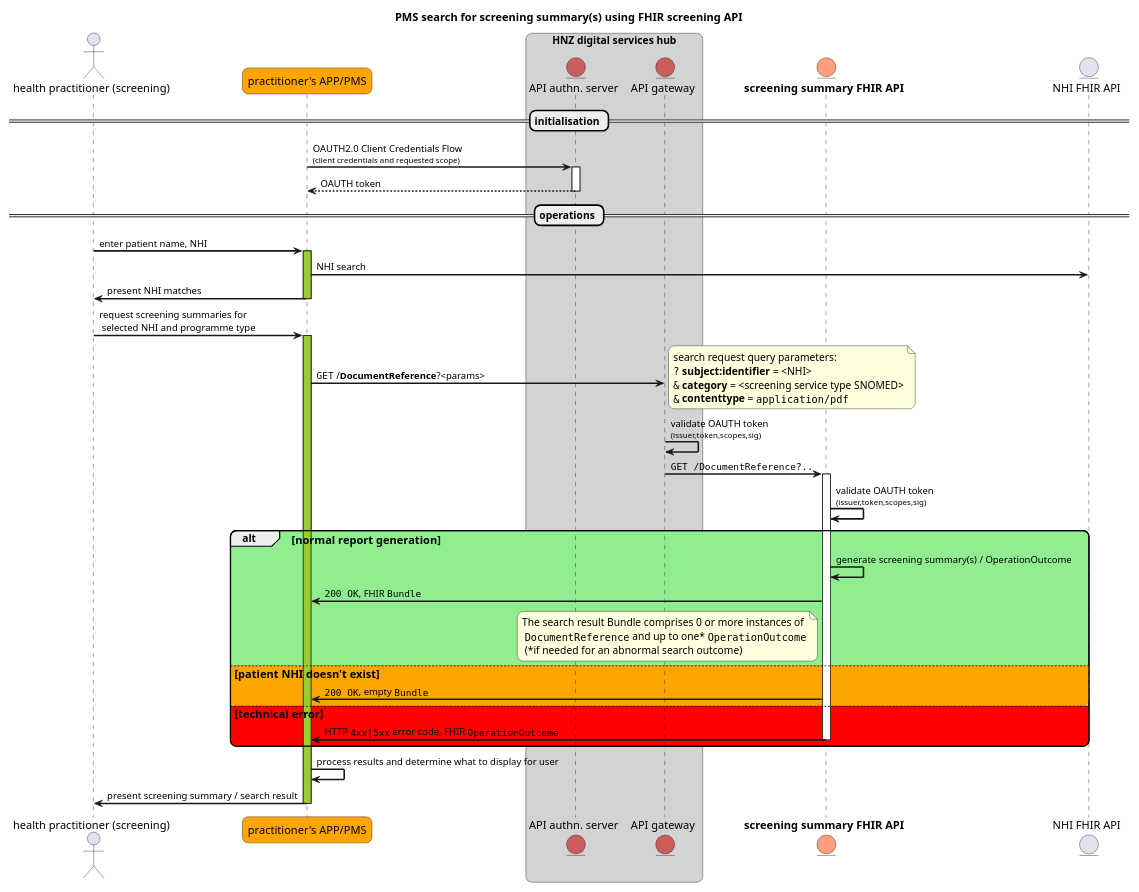
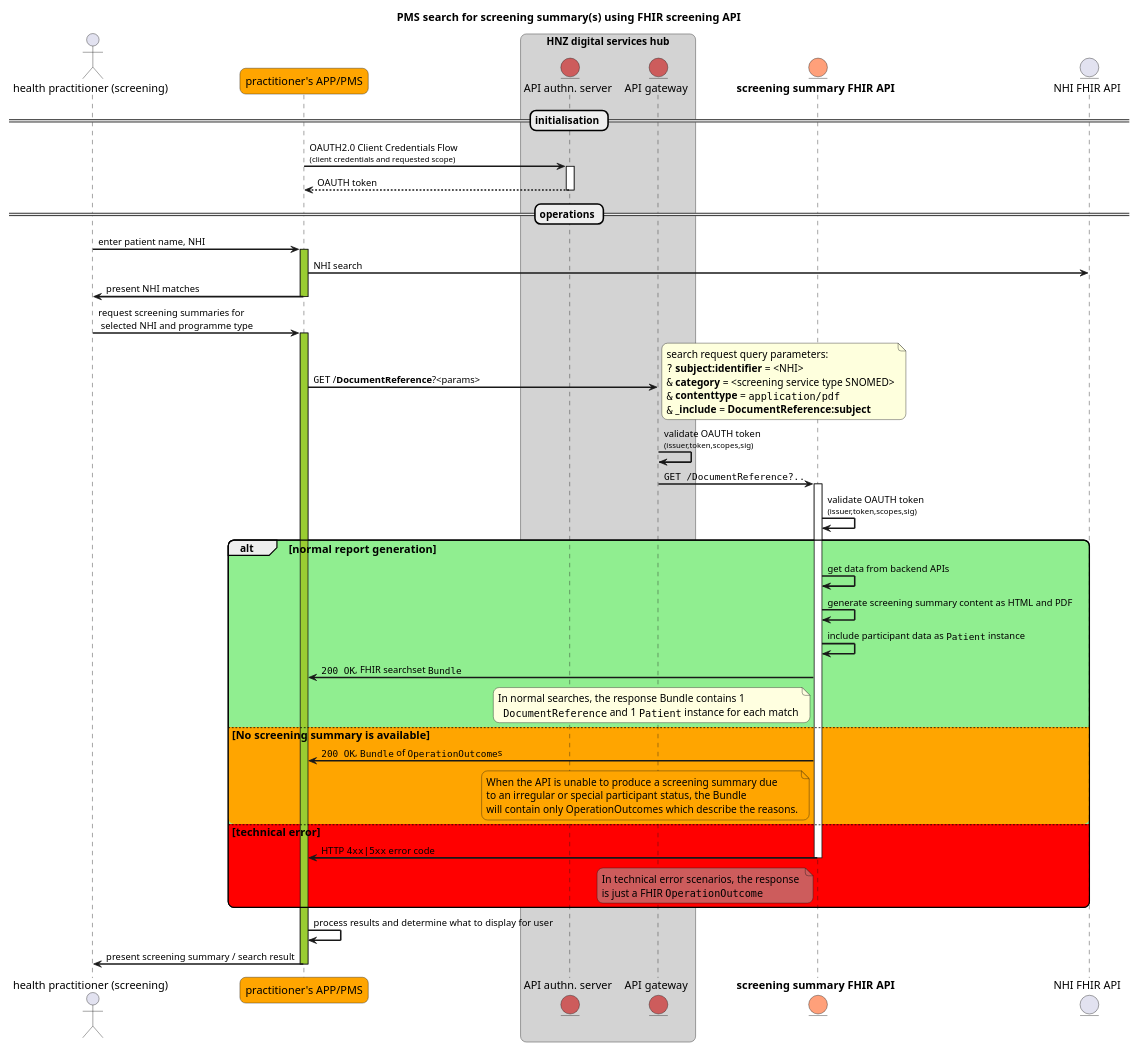
Before and after one commit to tewhatuora/fhir-screening: the diagram in input/images-source/seq-fhir-screening-API.plantuml, drawn with PlantUML. The commit also changed 18 other files, not shown here.

Commit message:
revised profile and search design to use _include instead of contained patient

```diff
--- a/input/images-source/seq-fhir-screening-API.plantuml
+++ b/input/images-source/seq-fhir-screening-API.plantuml
@@ -1,124 +1,135 @@
 @startuml seq-fhir-screening-API
 
 autonumber "<b> 00"
 
 skinparam ArrowFontSize 16
 skinparam BoxPadding 10
 skinparam dpi 400
 skinparam MaxMessageSize 350
 skinparam NoteFontSize 13
 skinparam ParticipantPadding 5
 skinparam responseMessageBelowArrow true
 skinparam roundcorner 15
 skinparam sequenceArrowThickness 2
 skinparam SequenceMessageAlignment left
 skinparam ArrowFontSize 12
 skinparam sequenceStyle uml2
 skinparam sequencegroupfontsize 14
 ' semi-transparent sequence groups!
 ' see https://sarafian.github.io/tips/2021/03/11/plantuml-tips-tricks-1.html#:~:text=responseMessageBelowArrow-,Semi,-transparent%20group%20backgrounds
 skinparam SequenceGroupBodyBackgroundColor #EEEEFF50
 
 
 scale max 400 width
 scale 300*500
 
 actor "health practitioner (screening)" as USER
 participant "practitioner's APP/PMS" as APIC #Orange
 
 box "HNZ digital services hub" #LightGrey
   entity "API authn. server" as ROSIE #IndianRed
   entity "API gateway" as APIG #IndianRed
 end box
 
 entity "**screening summary FHIR API**" as FHIR #LightSalmon
 entity "NHI FHIR API" as NHI
 
 autonumber stop
 
 title "PMS search for screening summary(s) using FHIR screening API"
 
 == initialisation ==
 
 APIC -> ROSIE++: OAUTH2.0 Client Credentials Flow\n<size:10>(client credentials and requested scope)</size>
 return OAUTH token
 
 == operations ==
 
 USER -> APIC++ #YellowGreen: enter patient name, NHI
 APIC -> NHI: NHI search
 APIC -> USER--: present NHI matches
 
 USER -> APIC++ #YellowGreen: request screening summaries for\n selected NHI and programme type 
 
 APIC -> APIG: ""GET"" /**DocumentReference**?<params>
 note right
   search request query parameters:
   ""?"" **subject:identifier** = <NHI>
   ""&"" **category** = <screening service type SNOMED>
   ""&"" **contenttype** = ""application/pdf""
+  ""&"" **_include** = **DocumentReference:subject**
 end note
 APIG -> APIG: validate OAUTH token\n<size:10>(issuer,token,scopes,sig)</size>
 APIG -> FHIR++: ""GET /DocumentReference?..""
 FHIR -> FHIR: validate OAUTH token\n<size:10>(issuer,token,scopes,sig)</size>
 alt #LightGreen normal report generation
-FHIR -> FHIR: generate screening summary(s) / OperationOutcome
-FHIR -> APIC: ""200 OK"", FHIR ""Bundle""
-note left of FHIR #LightYellow
-  The search result Bundle comprises 0 or more instances of
-   ""DocumentReference"" and up to one* ""OperationOutcome""
-   (*if needed for an abnormal search outcome)
-end note
+FHIR -> FHIR: get data from backend APIs
+FHIR -> FHIR: generate screening summary content as HTML and PDF
+FHIR -> FHIR: include participant data as ""Patient"" instance
+FHIR -> APIC: ""200 OK"", FHIR searchset ""Bundle"" 
+  note left of FHIR #LightYellow
+    In normal searches, the response Bundle contains 1
+      ""DocumentReference"" and 1 ""Patient"" instance for each match
+  end note
 
-else #Orange patient NHI doesn't exist
-FHIR -> APIC: ""200 OK"", empty ""Bundle""
+else #Orange No screening summary is available 
+FHIR -> APIC: ""200 OK"", ""Bundle"" of ""OperationOutcome""s
+  note left of FHIR #Orange
+    When the API is unable to produce a screening summary due 
+    to an irregular or special participant status, the Bundle 
+    will contain only OperationOutcomes which describe the reasons.
+    end note
 else #Red technical error
-FHIR -> APIC--: HTTP ""4xx|5xx"" error code, FHIR ""OperationOutcome""
+  FHIR -> APIC--: HTTP ""4xx|5xx"" error code
+  note left of FHIR #IndianRed
+    In technical error scenarios, the response 
+    is just a FHIR ""OperationOutcome""
+  end note
 end
 
 APIC -> APIC: process results and determine what to display for user 
 
 APIC -> USER--: present screening summary / search result
 
 
 ' newpage PMS retrieve a specific version of a patient's screening history using FHIR screening API (2 of 2)
 
 ' actor "health practitioner (screening)" as USER
 ' participant "practitioner's APP/PMS" as APIC #Orange
 
 ' box "HNZ digital services hub" #LightGrey
 '   entity "API authn. server" as ROSIE #IndianRed
 '   entity "API gateway" as APIG #IndianRed
 ' end box
 
 ' entity "**screening summary FHIR API**" as FHIR #LightSalmon
 ' entity "NHI FHIR API" as NHI
 
 ' autonumber stop
 
 ' APIC -> ROSIE++: OAUTH2.0 Client Credentials Flow\n<size:10>(client credentials and requested scope)</size>
 ' return OAUTH token
 
 ' USER -> APIC++ #YellowGreen: request specific version of a patient\n cervical screening summary doc
 
 ' note right of APIC #LightYellow
 '   The app may request a DocumentReference instance by specific logical identifier 
 '   as returned by an earlier screening summary search interaction.
 ' end note
 
 ' APIC -> APIG: ""GET"" /**DocumentReference/{logical instance identifier}**
 ' APIG -> APIG: validate OAUTH token\n<size:10>(issuer,token,scopes,sig)</size>
 ' APIG -> FHIR++: ""GET /DocumentReference/..""
 ' FHIR -> FHIR: validate OAUTH token\n<size:10>(issuer,token,scopes,sig)</size>
 ' alt #LightGreen normal report generation
 ' FHIR -> FHIR: generate/retrieve screening summary
 ' FHIR -> APIC: ""200 OK"", one specific FHIR ""DocumentReference"" instance
 ' else #Orange instance doesn't exist
 ' FHIR -> APIC: ""404 NOT FOUND""
 ' else #Red technical error
 ' FHIR -> APIC: HTTP ""4xx|5xx"" error code, FHIR ""OperationOutcome""
 ' end
 
 ' APIC -> USER: present screening summary / search result
 
 @enduml
```
